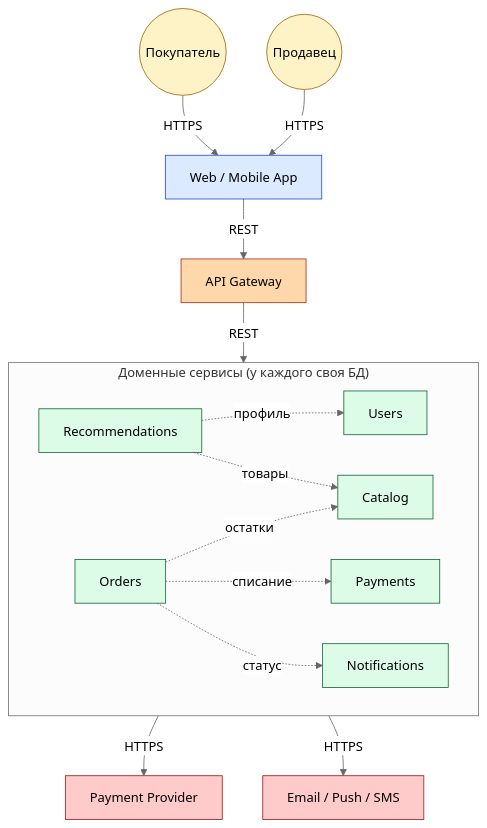
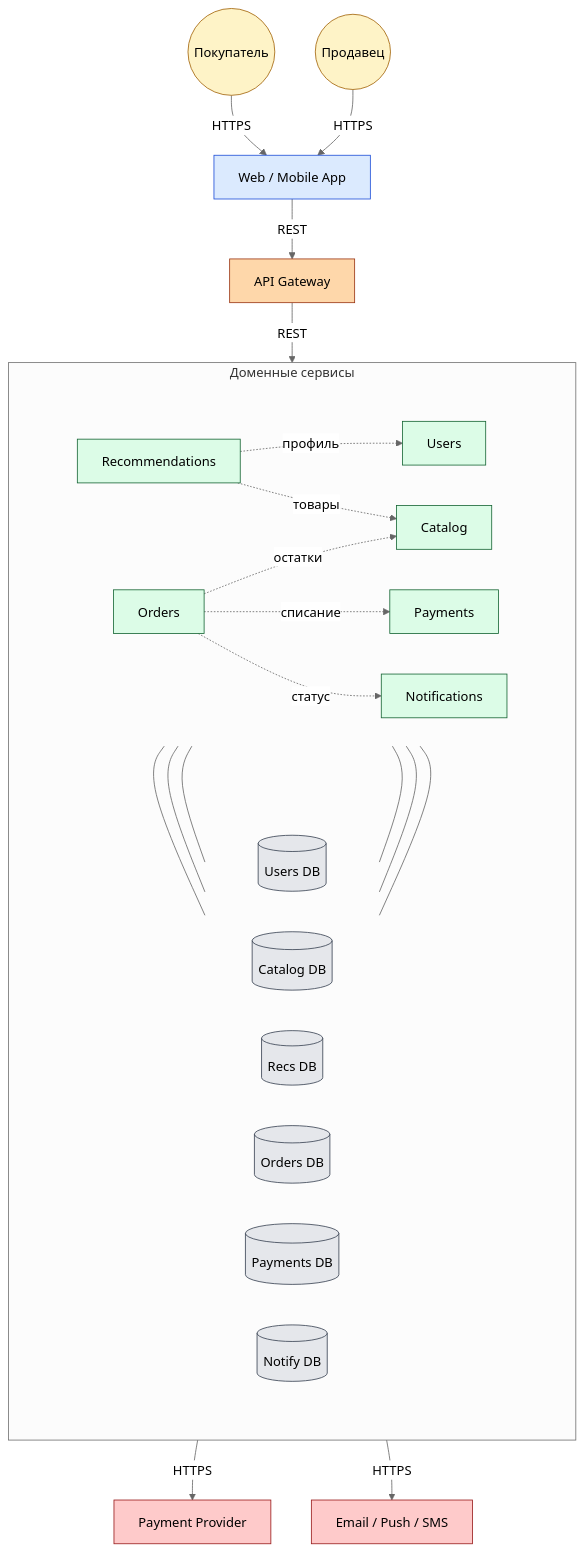
One commit to DaryaAndryeva/hw-1-Marketplace changed the diagram in README.md. Above: the diagram before and after it, drawn with Mermaid (neutral theme). The commit also changed other lines of this file, not shown here.

````diff
--- a/README.md
+++ b/README.md
@@ -26,41 +26,63 @@
 ```mermaid
 flowchart TB
     classDef actor fill:#fef3c7,stroke:#a16207,color:#000
     classDef client fill:#dbeafe,stroke:#1d4ed8,color:#000
     classDef gateway fill:#fed7aa,stroke:#9a3412,color:#000
     classDef service fill:#dcfce7,stroke:#166534,color:#000
+    classDef db fill:#e5e7eb,stroke:#374151,color:#000
     classDef ext fill:#fecaca,stroke:#991b1b,color:#000
 
     buyer(("Покупатель")):::actor
     seller(("Продавец")):::actor
 
     web["Web / Mobile App"]:::client
     gw["API Gateway"]:::gateway
 
-    subgraph svc["Доменные сервисы (у каждого своя БД)"]
-        direction LR
-        users["Users"]:::service
-        catalog["Catalog"]:::service
-        recs["Recommendations"]:::service
-        orders["Orders"]:::service
-        payments["Payments"]:::service
-        notify["Notifications"]:::service
+    subgraph svc["Доменные сервисы"]
+        direction TB
+        subgraph services_row [" "]
+            direction LR
+            users["Users"]:::service
+            catalog["Catalog"]:::service
+            recs["Recommendations"]:::service
+            orders["Orders"]:::service
+            payments["Payments"]:::service
+            notify["Notifications"]:::service
+        end
+        subgraph dbs_row [" "]
+            direction LR
+            users_db[("Users DB")]:::db
+            catalog_db[("Catalog DB")]:::db
+            recs_db[("Recs DB")]:::db
+            orders_db[("Orders DB")]:::db
+            payments_db[("Payments DB")]:::db
+            notify_db[("Notify DB")]:::db
+        end
+        users --- users_db
+        catalog --- catalog_db
+        recs --- recs_db
+        orders --- orders_db
+        payments --- payments_db
+        notify --- notify_db
     end
 
     psp["Payment Provider"]:::ext
     channels["Email / Push / SMS"]:::ext
 
     buyer -- HTTPS --> web
     seller -- HTTPS --> web
     web -- REST --> gw
     gw -- REST --> svc
 
     recs -. профиль .-> users
     recs -. товары .-> catalog
     orders -. остатки .-> catalog
     orders -. списание .-> payments
     orders -. статус .-> notify
 
     payments -- HTTPS --> psp
     notify -- HTTPS --> channels
+
+    style services_row fill:transparent,stroke-width:0px
+    style dbs_row fill:transparent,stroke-width:0px
 ```
````
